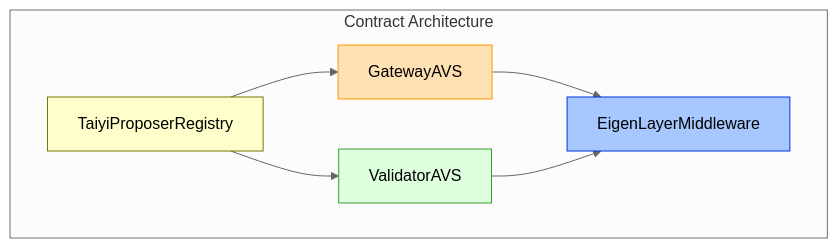
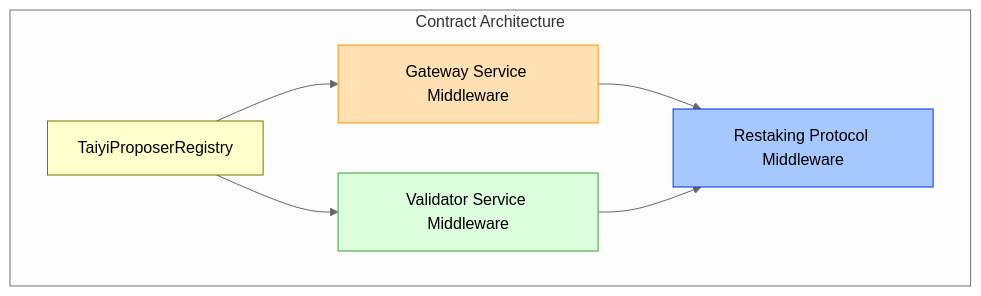
One commit to lu-bann/taiyi changed the second of 4 diagrams in docs/learn/architecture/on_chain_components/overview.mdx. Above: the diagram before and after it, drawn with Mermaid (neutral theme). The commit also changed other lines of this file and 3 other files, not shown here.

````diff
--- a/docs/learn/architecture/on_chain_components/overview.mdx
+++ b/docs/learn/architecture/on_chain_components/overview.mdx
@@ -60,19 +60,19 @@
 ```mermaid
 graph TB
     subgraph "Contract Architecture"
         TPR[TaiyiProposerRegistry]
-        GAVS[GatewayAVS]
-        VAVS[ValidatorAVS]
-        ELM[EigenLayerMiddleware]
+        GAVS[Gateway Service Middleware]
+        VAVS[Validator Service Middleware]
+        ELM[Restaking Protocol Middleware]
         
         TPR --> GAVS
         TPR --> VAVS
         GAVS --> ELM
         VAVS --> ELM
         
         style TPR fill:#ffffcc,stroke:#777700
         style GAVS fill:#ffe0b3,stroke:#ff9900
         style VAVS fill:#ddffdd,stroke:#3f9c35
         style ELM fill:#a6c8ff,stroke:#0034e5
     end
 ```
````
